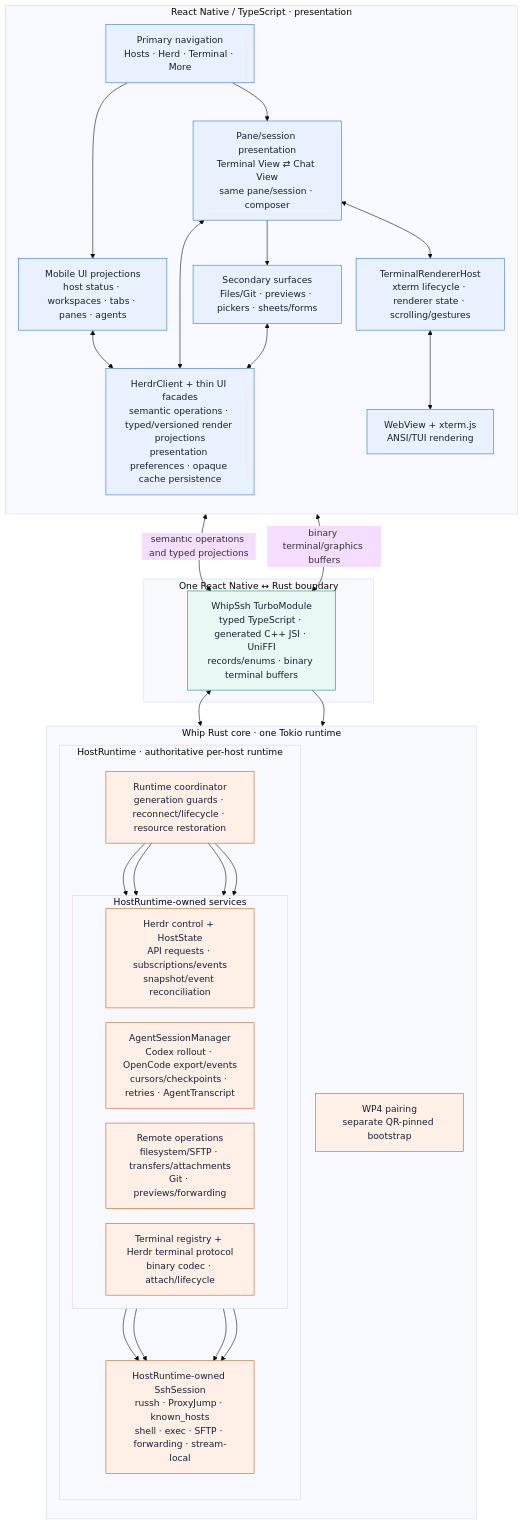
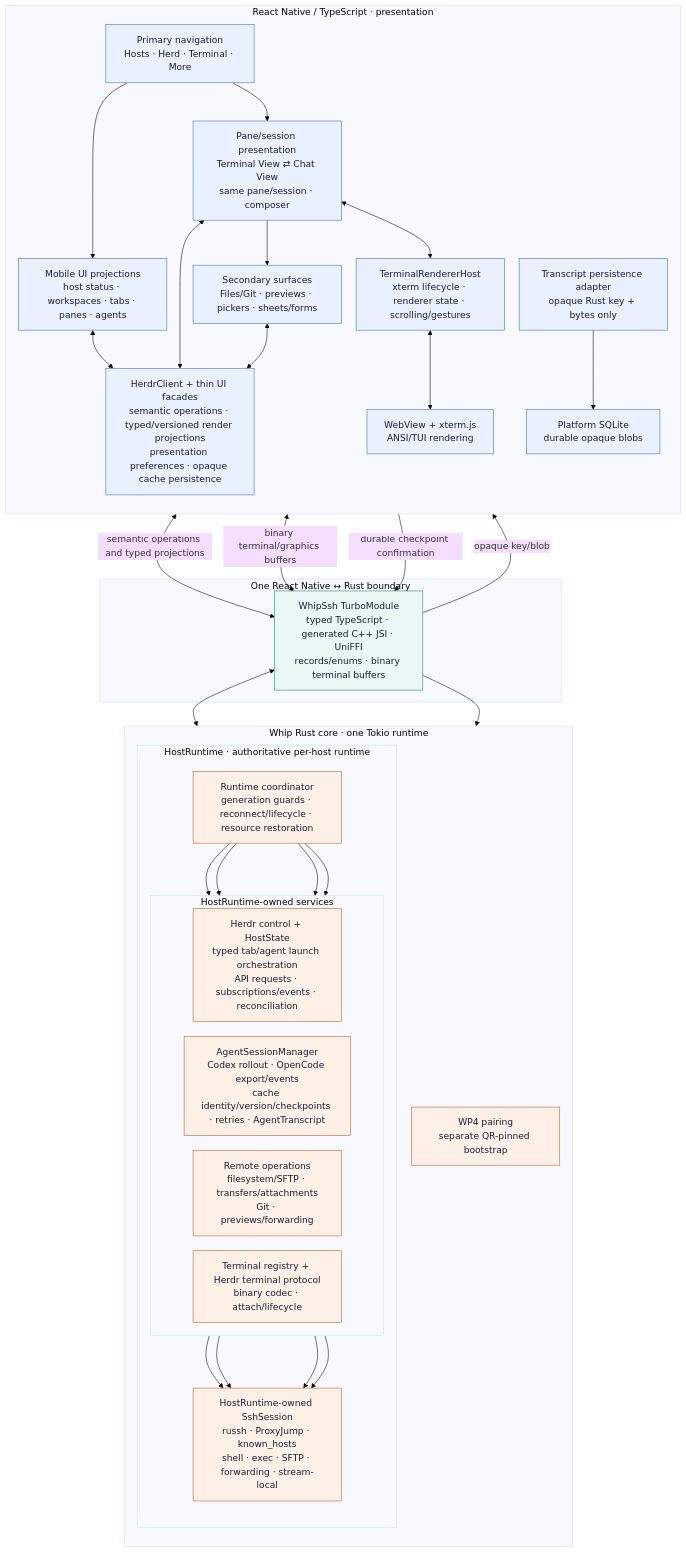
Before and after one commit to KaminariOS/whip: the diagram in docs/mobile-app-architecture.mmd, drawn with Mermaid. The commit also changed 42 other files, not shown here.

Commit message:
refactor: move host domain semantics into Rust

```diff
--- a/docs/mobile-app-architecture.mmd
+++ b/docs/mobile-app-architecture.mmd
@@ -1,66 +1,71 @@
 %%{init: {"theme":"base","flowchart":{"curve":"basis","htmlLabels":true,"nodeSpacing":26,"rankSpacing":42}}}%%
 flowchart TB
   subgraph UI["React Native / TypeScript · presentation"]
     direction TB
     Navigation["Primary navigation<br/>Hosts · Herd · Terminal · More"]
     Projections["Mobile UI projections<br/>host status · workspaces · tabs · panes · agents"]
     SessionViews["Pane/session presentation<br/>Terminal View ⇄ Chat View<br/>same pane/session · composer"]
     Secondary["Secondary surfaces<br/>Files/Git · previews · pickers · sheets/forms"]
     Client["HerdrClient + thin UI facades<br/>semantic operations · typed/versioned render projections<br/>presentation preferences · opaque cache persistence"]
+    CacheAdapter["Transcript persistence adapter<br/>opaque Rust key + bytes only"]
+    SQLite["Platform SQLite<br/>durable opaque blobs"]
     Renderer["TerminalRendererHost<br/>xterm lifecycle · renderer state · scrolling/gestures"]
     Xterm["WebView + xterm.js<br/>ANSI/TUI rendering"]
 
     Navigation --> Projections
     Navigation --> SessionViews
     Projections <--> Client
     SessionViews <--> Client
     Secondary <--> Client
     SessionViews --> Secondary
     SessionViews <--> Renderer
     Renderer <--> Xterm
+    CacheAdapter --> SQLite
   end
 
   subgraph Boundary["One React Native ↔ Rust boundary"]
     Module["WhipSsh TurboModule<br/>typed TypeScript · generated C++ JSI · UniFFI<br/>records/enums · binary terminal buffers"]
   end
 
   subgraph Rust["Whip Rust core · one Tokio runtime"]
     direction TB
     subgraph Runtime["HostRuntime · authoritative per-host runtime"]
       direction TB
       Lifecycle["Runtime coordinator<br/>generation guards · reconnect/lifecycle · resource restoration"]
 
       subgraph Services["HostRuntime-owned services"]
         direction LR
-        Control["Herdr control + HostState<br/>API requests · subscriptions/events<br/>snapshot/event reconciliation"]
-        Agents["AgentSessionManager<br/>Codex rollout · OpenCode export/events<br/>cursors/checkpoints · retries · AgentTranscript"]
+        Control["Herdr control + HostState<br/>typed tab/agent launch orchestration<br/>API requests · subscriptions/events · reconciliation"]
+        Agents["AgentSessionManager<br/>Codex rollout · OpenCode export/events<br/>cache identity/version/checkpoints · retries · AgentTranscript"]
         Operations["Remote operations<br/>filesystem/SFTP · transfers/attachments<br/>Git · previews/forwarding"]
         Terminals["Terminal registry + Herdr terminal protocol<br/>binary codec · attach/lifecycle"]
       end
 
       Transport["HostRuntime-owned SshSession<br/>russh · ProxyJump · known_hosts<br/>shell · exec · SFTP · forwarding · stream-local"]
 
       Lifecycle --> Control
       Lifecycle --> Agents
       Lifecycle --> Operations
       Lifecycle --> Terminals
       Control --> Transport
       Agents --> Transport
       Operations --> Transport
       Terminals --> Transport
     end
 
     Pairing["WP4 pairing<br/>separate QR-pinned bootstrap"]
   end
 
   Client <-->|"semantic operations and typed projections"| Module
   Renderer <-->|"binary terminal/graphics buffers"| Module
   Module <--> Lifecycle
   Module --> Pairing
+  Module -->|"opaque key/blob"| CacheAdapter
+  CacheAdapter -->|"durable checkpoint confirmation"| Module
 
   classDef react fill:#e9f1ff,stroke:#3772c5,color:#172033
   classDef native fill:#e9f7f5,stroke:#23847a,color:#172033
   classDef rust fill:#fff0e7,stroke:#c45f24,color:#172033
-  class Navigation,Projections,SessionViews,Secondary,Client,Renderer,Xterm react
+  class Navigation,Projections,SessionViews,Secondary,Client,CacheAdapter,SQLite,Renderer,Xterm react
   class Module native
   class Lifecycle,Control,Agents,Operations,Terminals,Transport,Pairing rust
```
